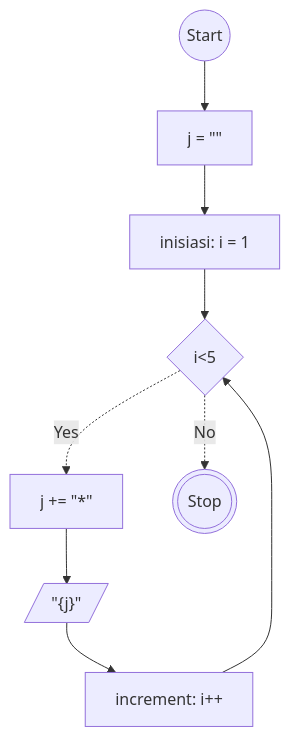
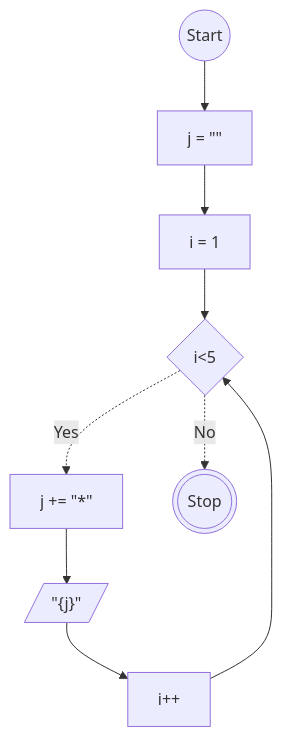
The diagram in task3.md (dimastadeoo/koda-b8-javascript1), drawn with Mermaid before and after one commit.

````diff
--- a/task3.md
+++ b/task3.md
@@ -6,20 +6,20 @@
 ```mermaid
 flowchart TD
     A@{ shape: circle, label: "Start" }
     B@{ shape: rect, label: 'j = ""' }
-    C@{ shape: rect, label: 'inisiasi: i = 1' }
+    C@{ shape: rect, label: 'i = 1' }
 
     D@{ shape: diamond, label: "i<5" }
     E@{ shape: rect, label: 'j += "*"' }
     F@{ shape: lean-r, label: '"{j}"' }
 
-    G@{ shape: rect, label: 'increment: i++' }
+    G@{ shape: rect, label: 'i++' }
 
     H@{ shape: dbl-circ, label: "Stop" }
 
     A-->B-->C-->D-.Yes.->E-->F-->G -->D-.No .->H
 
 
 
 
 ```
````
